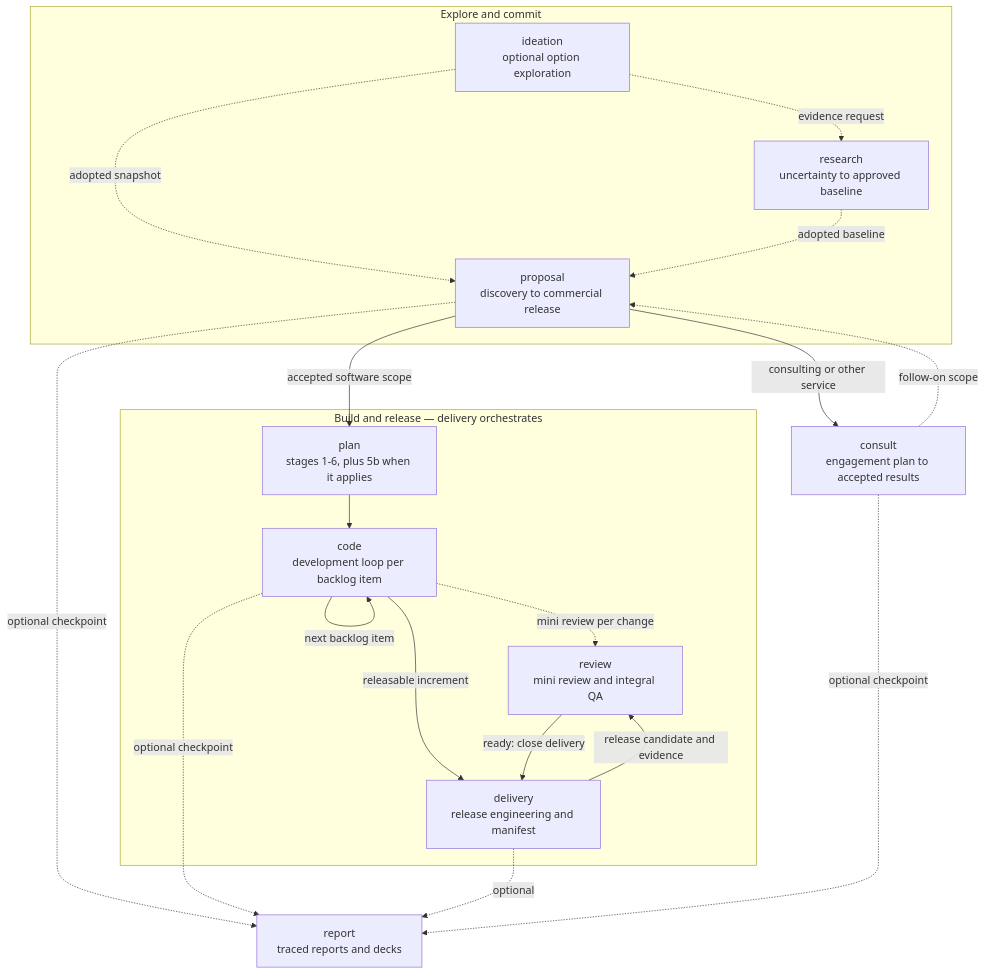
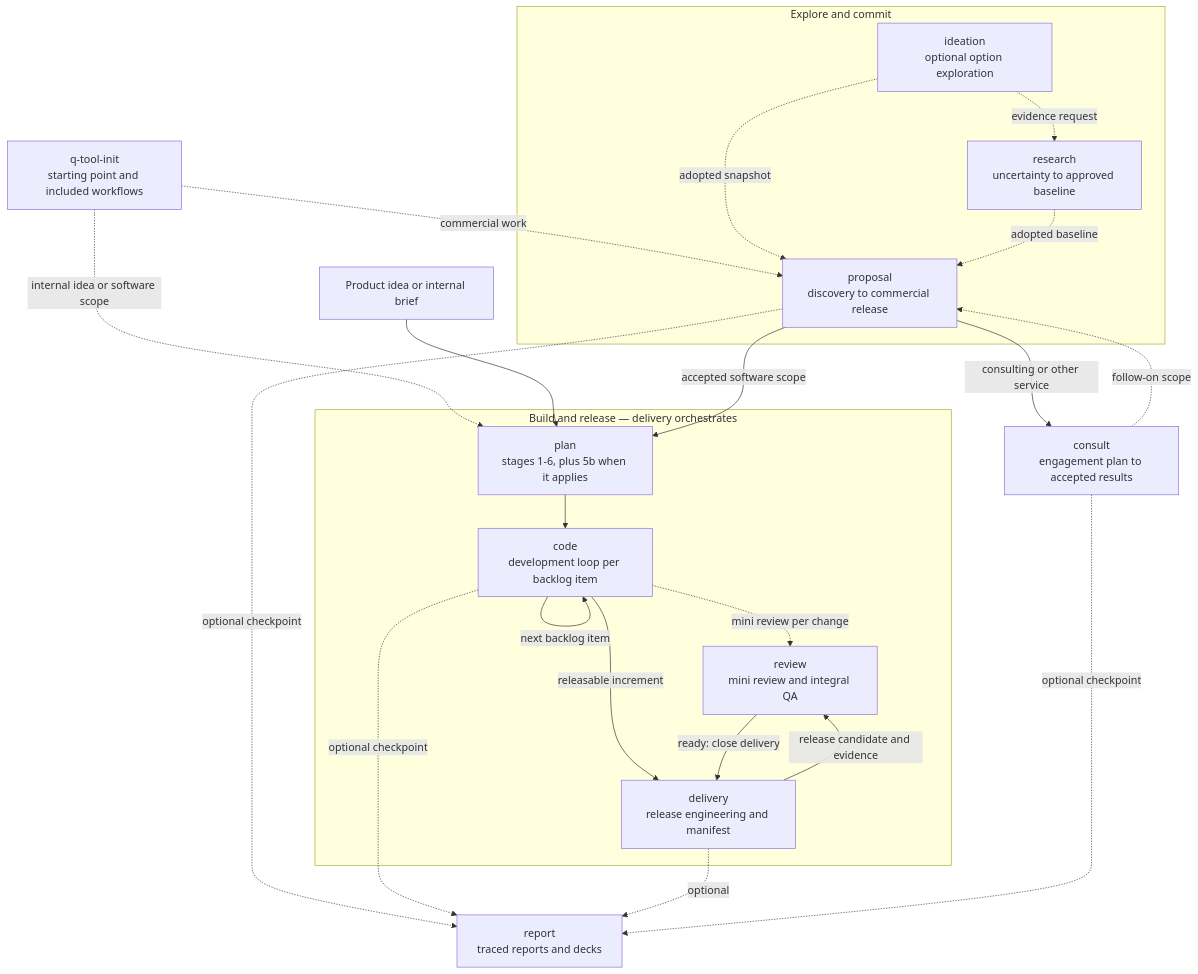
One commit to flaviogragnolati/ai-workflow changed the diagram in README.md. Above: the diagram before and after it, drawn with Mermaid. The commit also changed other lines of this file and 72 other files, not shown here.

````diff
--- a/README.md
+++ b/README.md
@@ -90,30 +93,33 @@
 ```mermaid
 flowchart TB
     subgraph EXPLORE["Explore and commit"]
         IDE["ideation<br/>optional option exploration"]
         RES["research<br/>uncertainty to approved baseline"]
         PRO["proposal<br/>discovery to commercial release"]
     end
     subgraph BUILD["Build and release — delivery orchestrates"]
         PLN["plan<br/>stages 1-6, plus 5b when it applies"]
         COD["code<br/>development loop per backlog item"]
         REV["review<br/>mini review and integral QA"]
         SHIP["delivery<br/>release engineering and manifest"]
     end
+    START["q-tool-init<br/>starting point and included workflows"] -. "commercial work" .-> PRO
+    START -. "internal idea or software scope" .-> PLN
+    IDEA["Product idea or internal brief"] --> PLN
     IDE -. "adopted snapshot" .-> PRO
     IDE -. "evidence request" .-> RES
     RES -. "adopted baseline" .-> PRO
     PRO -->|"accepted software scope"| PLN
     PRO -->|"consulting or other service"| CON["consult<br/>engagement plan to accepted results"]
     PLN --> COD
     COD -->|"next backlog item"| COD
     COD -. "mini review per change" .-> REV
     COD -->|"releasable increment"| SHIP
     SHIP -->|"release candidate and evidence"| REV
     REV -->|"ready: close delivery"| SHIP
     PRO -. "optional checkpoint" .-> REP["report<br/>traced reports and decks"]
     COD -. "optional checkpoint" .-> REP
     SHIP -. "optional" .-> REP
     CON -. "optional checkpoint" .-> REP
     CON -. "follow-on scope" .-> PRO
 ```
````
